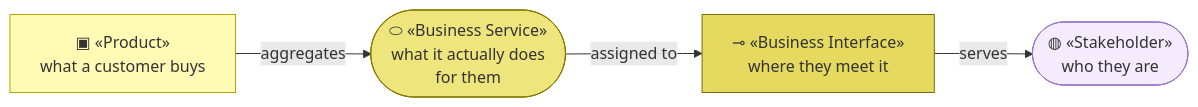
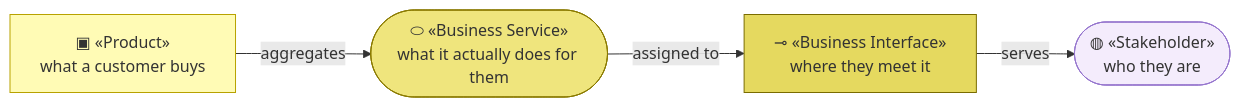
One commit to roanboc/architecture-archreator changed the first of 3 diagrams in organization/docs/ea/2_business/2_business-services.md. Above: the diagram before and after it, drawn with Mermaid. The commit also changed other lines of this file and 6 other files, not shown here.

````diff
--- a/organization/docs/ea/2_business/2_business-services.md
+++ b/organization/docs/ea/2_business/2_business-services.md
@@ -14,16 +14,16 @@
 ```mermaid
 flowchart LR
   prod["▣ «Product»<br>what a customer buys"]:::product
-  svc(["⬭ «Business Service»<br>what it actually does<br>for them"]):::service
+  svc(["⬭ «Business Service»<br>what it actually does for them"]):::service
   bif["⊸ «Business Interface»<br>where they meet it"]:::interface
   stk(["◍ «Stakeholder»<br>who they are"]):::stakeholder
 
   prod -->|aggregates| svc
   svc -->|assigned to| bif
   bif -->|serves| stk
 
   classDef product fill:#fffbb5,stroke:#b8a200,color:#333
   classDef service fill:#efe57d,stroke:#8a7a00,color:#333
   classDef interface fill:#e5d95f,stroke:#7a6c00,color:#333
   classDef stakeholder fill:#f4ecfc,stroke:#9575cd,color:#333
 ```
````
